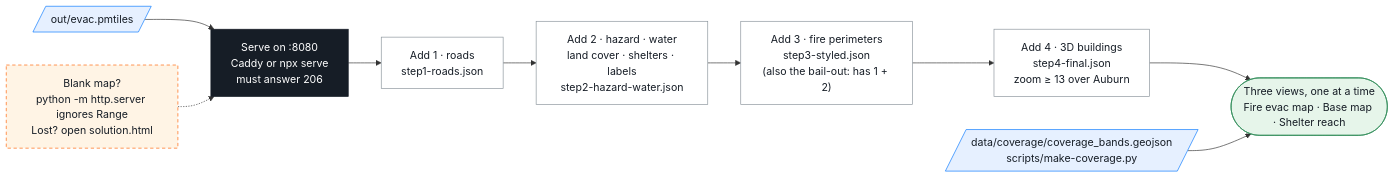
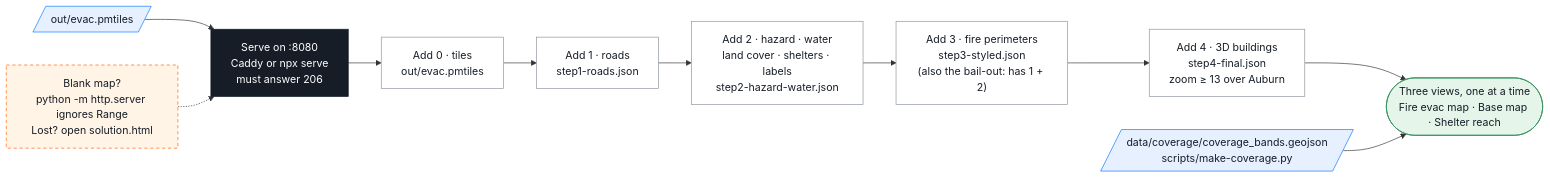
Before and after one commit to vishal4c/routes-to-safety-workshop: the diagram in 02-web/README.md, drawn with Mermaid. The commit also changed other lines of this file and 4 other files, not shown here.

Commit message:
02-web: Tiles row 0 in the Edit panel — plug in the PMTiles you built; steps 1–4 wait for it; README steps updated

````diff
--- a/02-web/README.md
+++ b/02-web/README.md
@@ -6,22 +6,23 @@
 ```mermaid
 flowchart LR
   classDef file fill:#E6F0FF,stroke:#0678FF,color:#161D26
   classDef tool fill:#161D26,stroke:#161D26,color:#FFFFFF
   classDef step fill:#FFFFFF,stroke:#8A939B,color:#161D26
   classDef chk  fill:#E6F5EA,stroke:#2E8B57,color:#161D26
   classDef bail fill:#FFF4E5,stroke:#FF6101,color:#161D26,stroke-dasharray:5 4
 
   PM[/"out/evac.pmtiles"/]:::file
   SV["Serve on :8080<br/>Caddy or npx serve<br/>must answer 206"]:::tool
+  S0["Add 0 · tiles<br/>out/evac.pmtiles"]:::step
   S1["Add 1 · roads<br/>step1-roads.json"]:::step
   S2["Add 2 · hazard · water<br/>land cover · shelters · labels<br/>step2-hazard-water.json"]:::step
   S3["Add 3 · fire perimeters<br/>step3-styled.json<br/>(also the bail-out: has 1 + 2)"]:::step
   S4["Add 4 · 3D buildings<br/>step4-final.json<br/>zoom ≥ 13 over Auburn"]:::step
   V(["Three views, one at a time<br/>Fire evac map · Base map · Shelter reach"]):::chk
   CB[/"data/coverage/coverage_bands.geojson<br/>scripts/make-coverage.py"/]:::file
   B["Blank map?<br/>python -m http.server ignores Range<br/>Lost? open solution.html"]:::bail
 
-  PM --> SV --> S1 --> S2 --> S3 --> S4 --> V
+  PM --> SV --> S0 --> S1 --> S2 --> S3 --> S4 --> V
   CB --> V
   B -.-> SV
 ```
````
